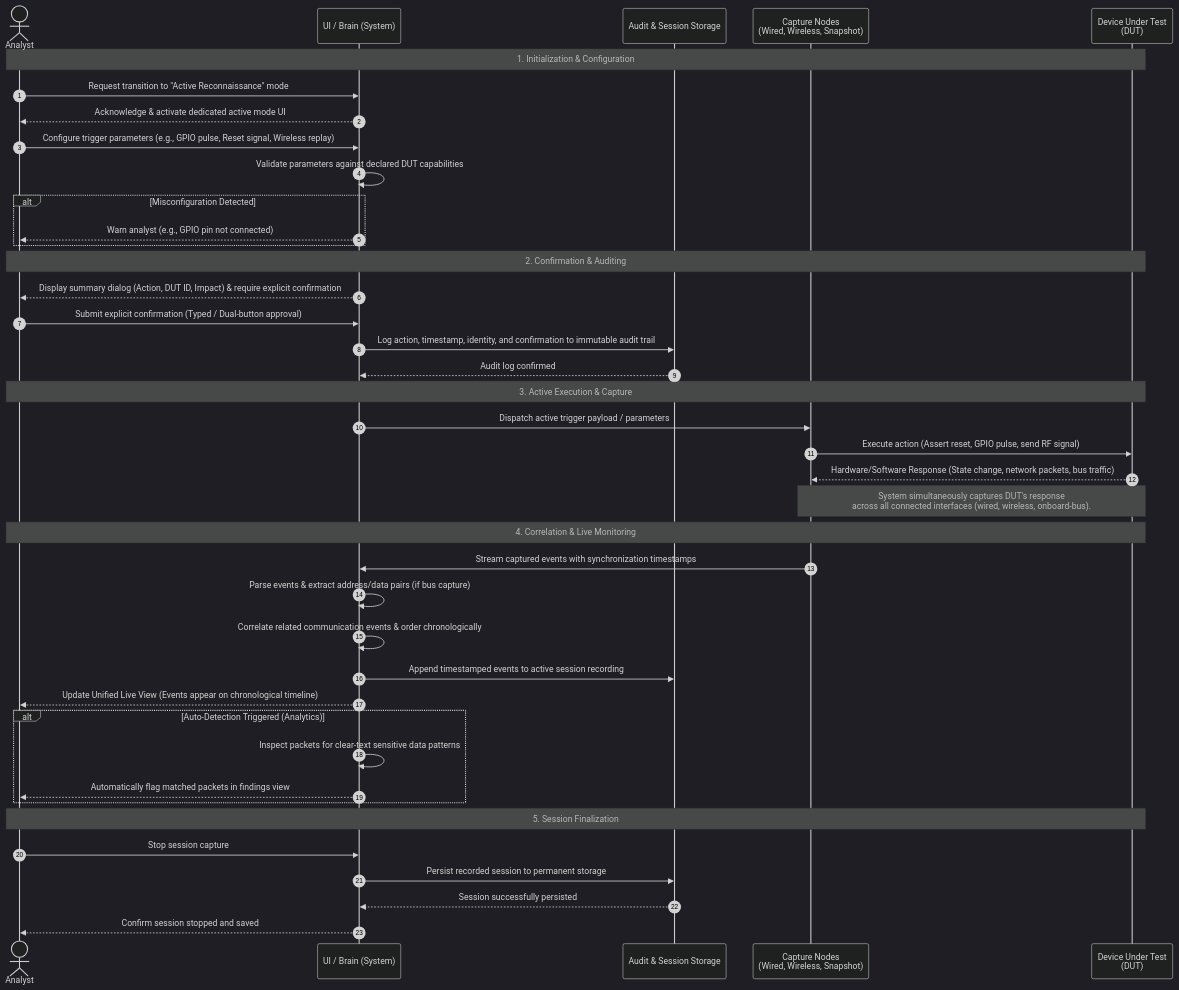
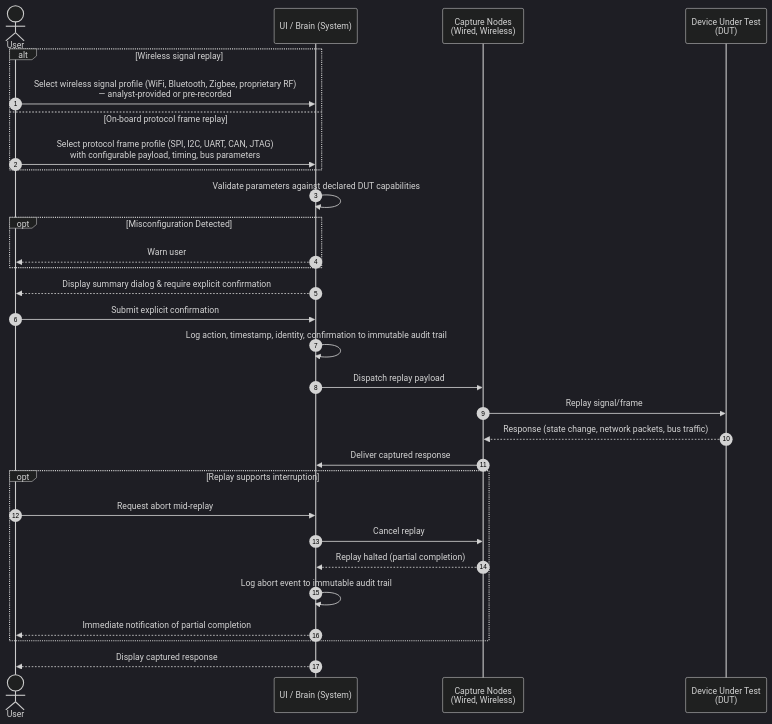
Diagram 12 of 21 in docs/01_Requirements/01_SysRS/04_Behavioral_and_Model_Requirements.md (EG-ETCS/wiresploit), drawn with Mermaid (dark theme) before and after one commit. The commit also changed other lines of this file, not shown here.

Commit message:
Add sequence diagrams

````diff
--- a/docs/01_Requirements/01_SysRS/04_Behavioral_and_Model_Requirements.md
+++ b/docs/01_Requirements/01_SysRS/04_Behavioral_and_Model_Requirements.md
@@ -4,52 +223,39 @@
-```mermaid
-sequenceDiagram
+  ```mermaid
+  sequenceDiagram
     autonumber
-
-    actor analyst as Analyst
+    actor user as User
     participant system as UI / Brain (System)
-    participant storage as Audit & Session Storage
-    participant nodes as Capture Nodes<br/>(Wired, Wireless, Snapshot)
+    participant nodes as Capture Nodes<br/>(Wired, Wireless)
     participant dut as Device Under Test<br/>(DUT)
 
-    Note over analyst, dut: 1. Initialization & Configuration
-    analyst->>system: Request transition to "Active Reconnaissance" mode
-    system-->>analyst: Acknowledge & activate dedicated active mode UI
-    analyst->>system: Configure trigger parameters (e.g., GPIO pulse, Reset signal, Wireless replay)
+    alt Wireless signal replay
+        user->>system: Select wireless signal profile (WiFi, Bluetooth, Zigbee, proprietary RF)<br/>— analyst-provided or pre-recorded
+    else On-board protocol frame replay
+        user->>system: Select protocol frame profile (SPI, I2C, UART, CAN, JTAG)<br/>with configurable payload, timing, bus parameters
+    end
+
     system->>system: Validate parameters against declared DUT capabilities
 
-    alt Misconfiguration Detected
-        system-->>analyst: Warn analyst (e.g., GPIO pin not connected)
+    opt Misconfiguration Detected
+        system-->>user: Warn user
     end
 
-    Note over analyst, dut: 2. Confirmation & Auditing
-    system-->>analyst: Display summary dialog (Action, DUT ID, Impact) & require explicit confirmation
-    analyst->>system: Submit explicit confirmation (Typed / Dual-button approval)
-    system->>storage: Log action, timestamp, identity, and confirmation to immutable audit trail
-    storage-->>system: Audit log confirmed
+    system-->>user: Display summary dialog & require explicit confirmation
+    user->>system: Submit explicit confirmation
+    system->>system: Log action, timestamp, identity, confirmation to immutable audit trail
 
-    Note over analyst, dut: 3. Active Execution & Capture
-    system->>nodes: Dispatch active trigger payload / parameters
-    nodes->>dut: Execute action (Assert reset, GPIO pulse, send RF signal)
-    dut-->>nodes: Hardware/Software Response (State change, network packets, bus traffic)
+    system->>nodes: Dispatch replay payload
+    nodes->>dut: Replay signal/frame
+    dut-->>nodes: Response (state change, network packets, bus traffic)
+    nodes->>system: Deliver captured response
 
-    Note over nodes, dut: System simultaneously captures DUT's response<br/>across all connected interfaces (wired, wireless, onboard-bus).
-
-    Note over analyst, dut: 4. Correlation & Live Monitoring
-    nodes->>system: Stream captured events with synchronization timestamps
-    system->>system: Parse events & extract address/data pairs (if bus capture)
-    system->>system: Correlate related communication events & order chronologically
-    system->>storage: Append timestamped events to active session recording
-
-    system-->>analyst: Update Unified Live View (Events appear on chronological timeline)
-
-    alt Auto-Detection Triggered (Analytics)
-        system->>system: Inspect packets for clear-text sensitive data patterns
-        system-->>analyst: Automatically flag matched packets in findings view
+    opt Replay supports interruption
+        user->>system: Request abort mid-replay
+        system->>nodes: Cancel replay
+        nodes-->>system: Replay halted (partial completion)
+        system->>system: Log abort event to immutable audit trail
+        system-->>user: Immediate notification of partial completion
     end
 
-    Note over analyst, dut: 5. Session Finalization
-    analyst->>system: Stop session capture
-    system->>storage: Persist recorded session to permanent storage
-    storage-->>system: Session successfully persisted
-    system-->>analyst: Confirm session stopped and saved
-```
+    system-->>user: Display captured response
+  ```
````
